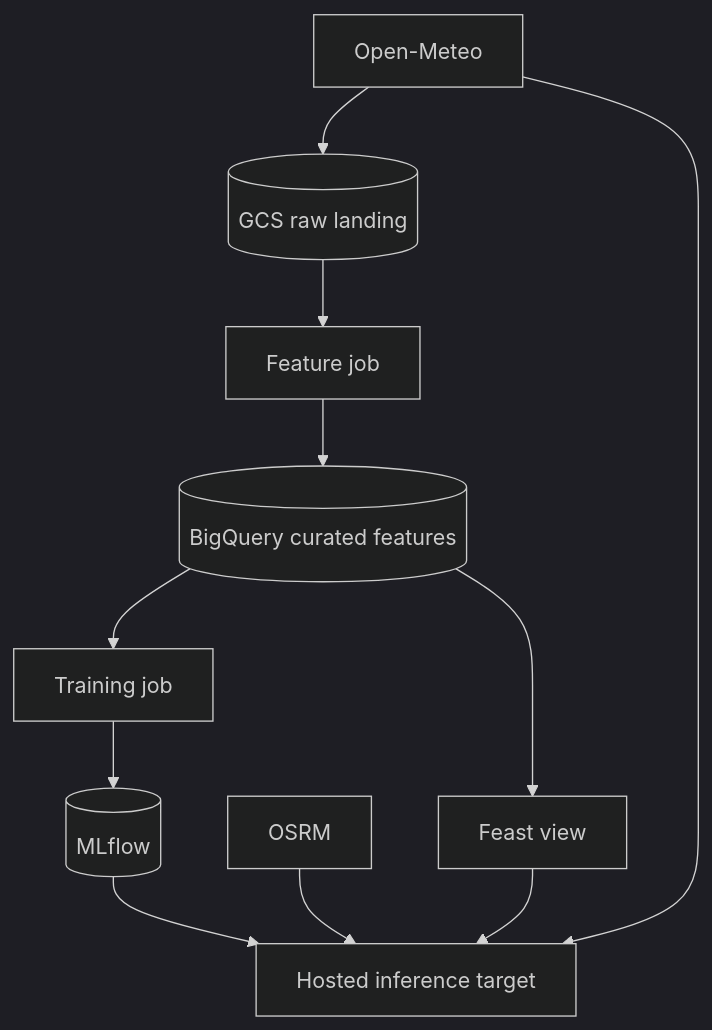
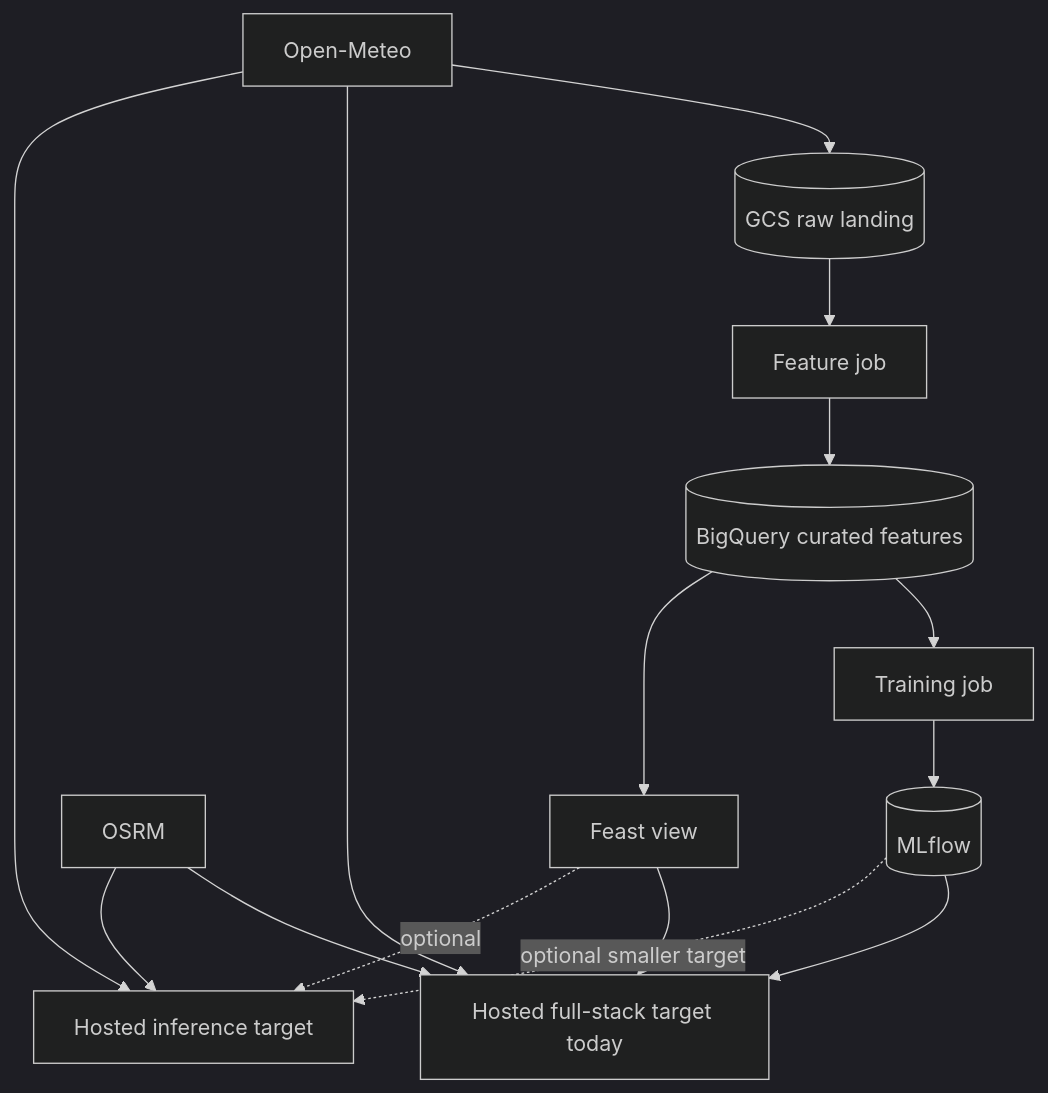
The second of 2 diagrams in docs/site/system/cloud-mapping.md (javihslu/foehncast), drawn with Mermaid (dark theme) before and after one commit. The commit also changed other lines of this file and 20 other files, not shown here.

```diff
--- a/docs/site/system/cloud-mapping.md
+++ b/docs/site/system/cloud-mapping.md
@@ -96,13 +106,17 @@
 <div class="mermaid">
 flowchart TD
     OME[Open-Meteo] --> RAW[(GCS raw landing)]
     RAW --> FEAT[Feature job]
     FEAT --> BQ[(BigQuery curated features)]
     BQ --> TRAIN[Training job]
     TRAIN --> MLF[(MLflow)]
-    MLF --> RUN[Hosted inference target]
+    MLF --> HOST[Hosted full-stack target today]
+    MLF -. optional smaller target .-> RUN[Hosted inference target]
+    OME --> HOST
     OME --> RUN
-    OSRM[OSRM] --> RUN
+    OSRM[OSRM] --> HOST
+    OSRM --> RUN
     BQ --> FEAST[Feast view]
-    FEAST --> RUN
+    FEAST --> HOST
+    FEAST -. optional .-> RUN
 </div>
```
